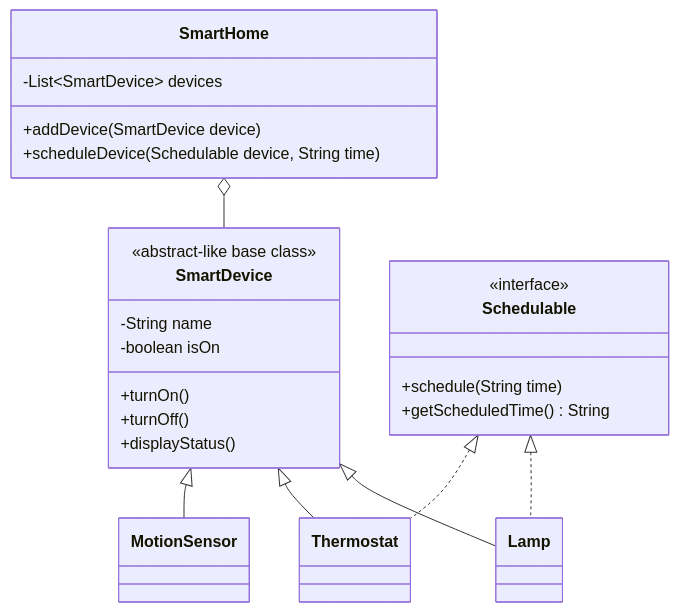
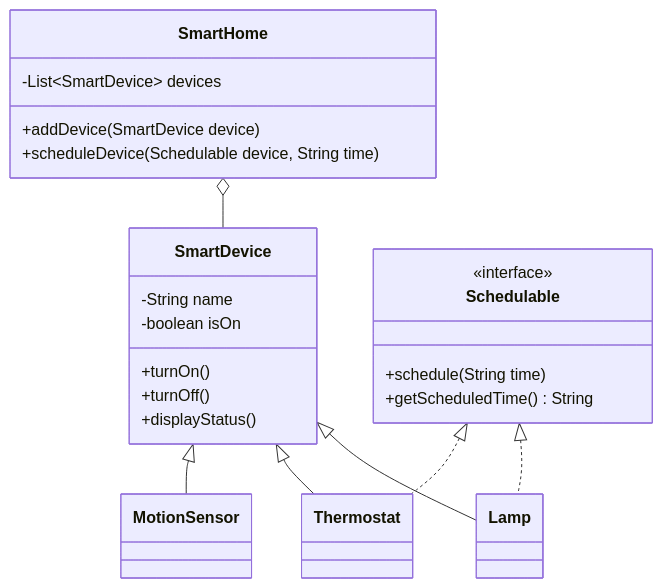
One commit to itsbarman/MySmartHome changed the first of 2 diagrams in README.md. Above: the diagram before and after it, drawn with Mermaid. The commit also changed other lines of this file and 6 other files, not shown here.

````diff
--- a/README.md
+++ b/README.md
@@ -11,31 +48,30 @@
 ```mermaid
 classDiagram
 	class SmartDevice {
-		<<abstract-like base class>>
 		-String name
 		-boolean isOn
 		+turnOn()
 		+turnOff()
 		+displayStatus()
 	}
 	class Schedulable {
 		<<interface>>
 		+schedule(String time)
 		+getScheduledTime() String
 	}
 	class Lamp
 	class Thermostat
 	class MotionSensor
 	class SmartHome {
 		-List~SmartDevice~ devices
 		+addDevice(SmartDevice device)
 		+scheduleDevice(Schedulable device, String time)
 	}
 
 	SmartDevice <|-- Lamp
 	SmartDevice <|-- Thermostat
 	SmartDevice <|-- MotionSensor
 	Schedulable <|.. Lamp
 	Schedulable <|.. Thermostat
 	SmartHome o-- SmartDevice
 ```
````
